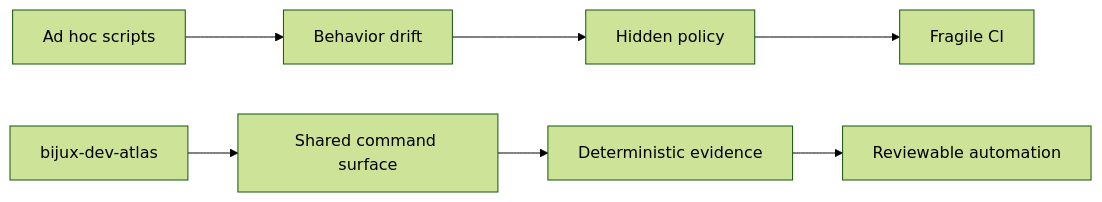
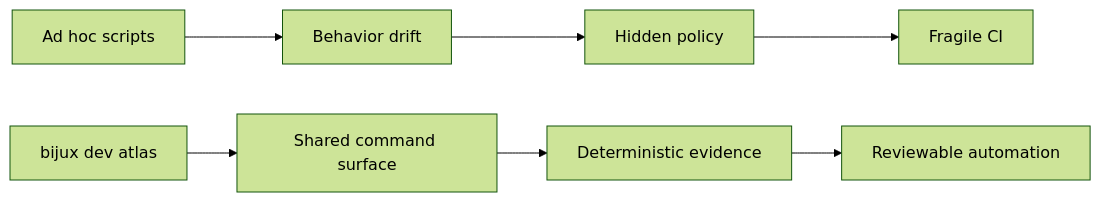
Before and after one commit to bijux/bijux-atlas: the first of 2 diagrams in docs/06-development/automation-control-plane.md, drawn with Mermaid (forest theme). The commit also changed other lines of this file and 5 other files, not shown here.

Commit message:
docs(naming): align atlas install and umbrella command guidance

````diff
--- a/docs/06-development/automation-control-plane.md
+++ b/docs/06-development/automation-control-plane.md
@@ -16,9 +16,9 @@
 ```mermaid
 flowchart LR
     Scripts[Ad hoc scripts] --> Drift[Behavior drift]
     Drift --> HiddenRules[Hidden policy]
     HiddenRules --> FragileCI[Fragile CI]
-    ControlPlane[bijux-dev-atlas] --> SharedRules[Shared command surface]
+    ControlPlane[bijux dev atlas] --> SharedRules[Shared command surface]
     SharedRules --> Evidence[Deterministic evidence]
     Evidence --> Reviewable[Reviewable automation]
 ```
````
